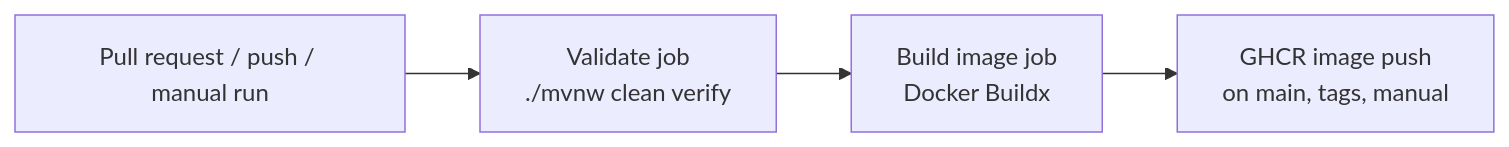
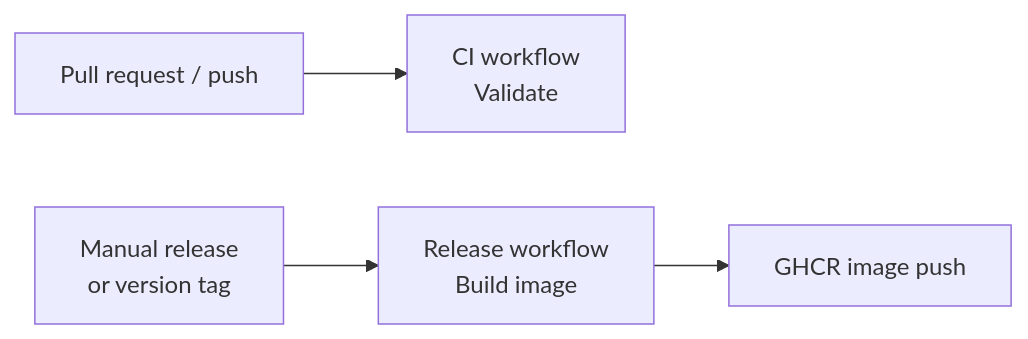
The first of 4 diagrams in pug-service/cicd/README.md (Plataforma-Universidade-Gratuita/pug-docs), drawn with Mermaid before and after one commit. The commit also changed other lines of this file, not shown here.

````diff
--- a/pug-service/cicd/README.md
+++ b/pug-service/cicd/README.md
@@ -9,9 +16,11 @@
 ```mermaid
 graph LR
-    PR["Pull request / push / manual run"]
-    CI["Validate job<br/>./mvnw clean verify"]
-    IMG["Build image job<br/>Docker Buildx"]
-    REG["GHCR image push<br/>on main, tags, manual"]
+    DEV["Pull request / push"]
+    CI["CI workflow<br/>Validate"]
+    MANUAL["Manual release<br/>or version tag"]
+    REL["Release workflow<br/>Build image"]
+    REG["GHCR image push"]
 
-    PR --> CI --> IMG --> REG
+    DEV --> CI
+    MANUAL --> REL --> REG
 ```
````
